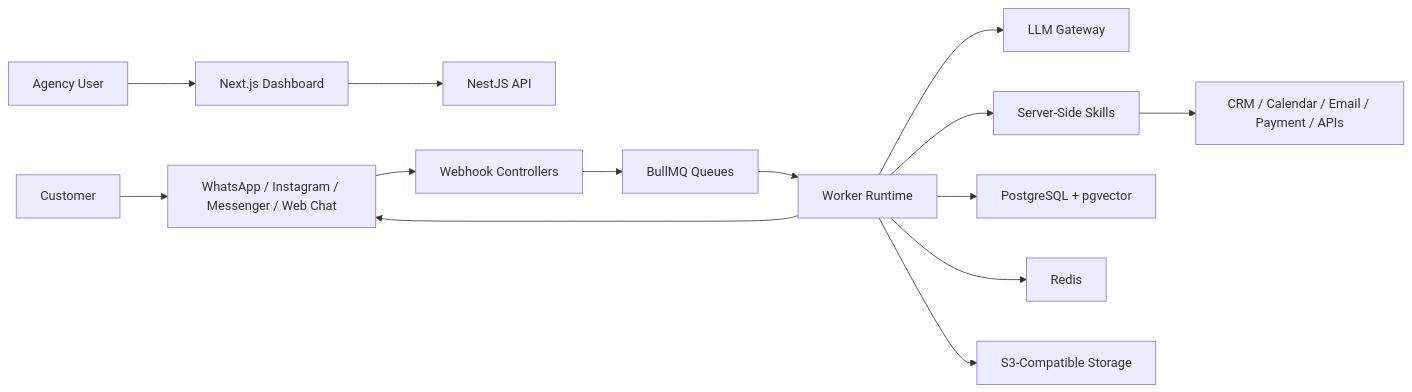
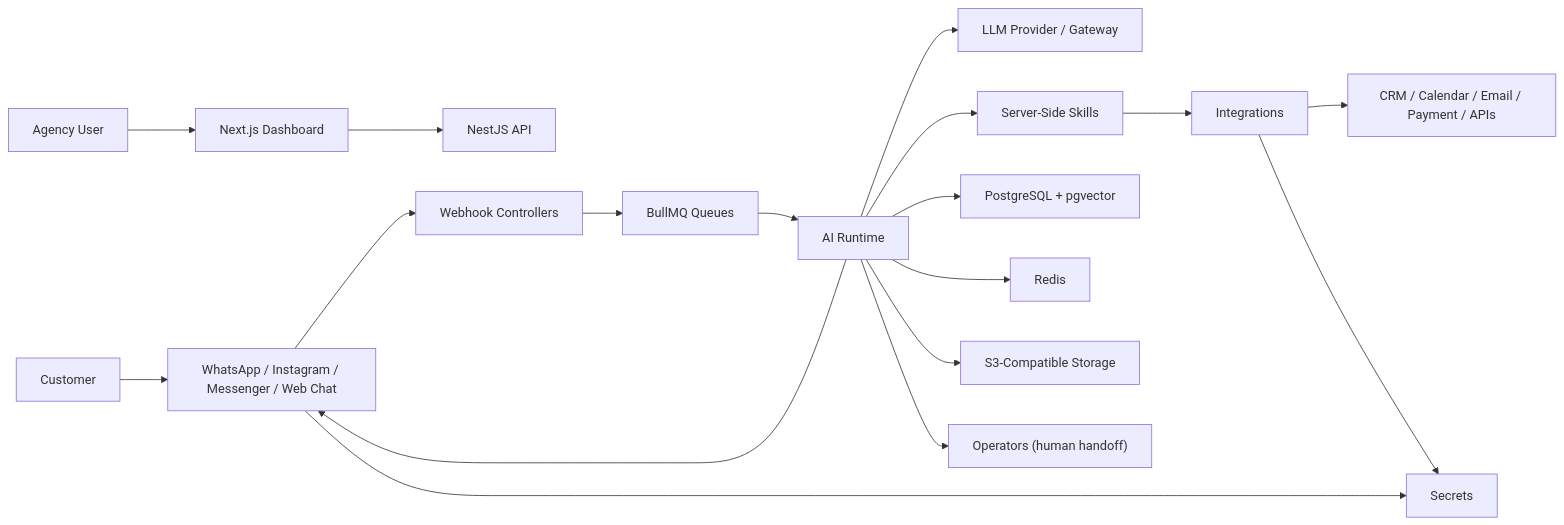
One commit to ameenshahh/ai-workforce-os changed the first of 4 diagrams in docs/00-foundation/MASTER_ARCHITECTURE.md. Above: the diagram before and after it, drawn with Mermaid. The commit also changed other lines of this file and 7 other files, not shown here.

First line of the commit message:
docs(arch): align MASTER_ARCHITECTURE with domain map; write ADRs 0001-0006

````diff
--- a/docs/00-foundation/MASTER_ARCHITECTURE.md
+++ b/docs/00-foundation/MASTER_ARCHITECTURE.md
@@ -130,16 +142,20 @@
 ```mermaid
 flowchart LR
     AgencyUser["Agency User"] --> Dashboard["Next.js Dashboard"]
     Dashboard --> API["NestJS API"]
     Customer["Customer"] --> Channels["WhatsApp / Instagram / Messenger / Web Chat"]
     Channels --> Webhooks["Webhook Controllers"]
     Webhooks --> Queue["BullMQ Queues"]
-    Queue --> Runtime["Worker Runtime"]
-    Runtime --> LLM["LLM Gateway"]
+    Queue --> Runtime["AI Runtime"]
+    Runtime --> LLM["LLM Provider / Gateway"]
     Runtime --> Skills["Server-Side Skills"]
     Runtime --> DB["PostgreSQL + pgvector"]
     Runtime --> Redis["Redis"]
     Runtime --> Storage["S3-Compatible Storage"]
-    Skills --> External["CRM / Calendar / Email / Payment / APIs"]
+    Runtime --> Operators["Operators (human handoff)"]
+    Skills --> Integrations["Integrations"]
+    Integrations --> External["CRM / Calendar / Email / Payment / APIs"]
+    Integrations --> Secrets["Secrets"]
+    Channels --> Secrets
     Runtime --> Channels
 ```
````
